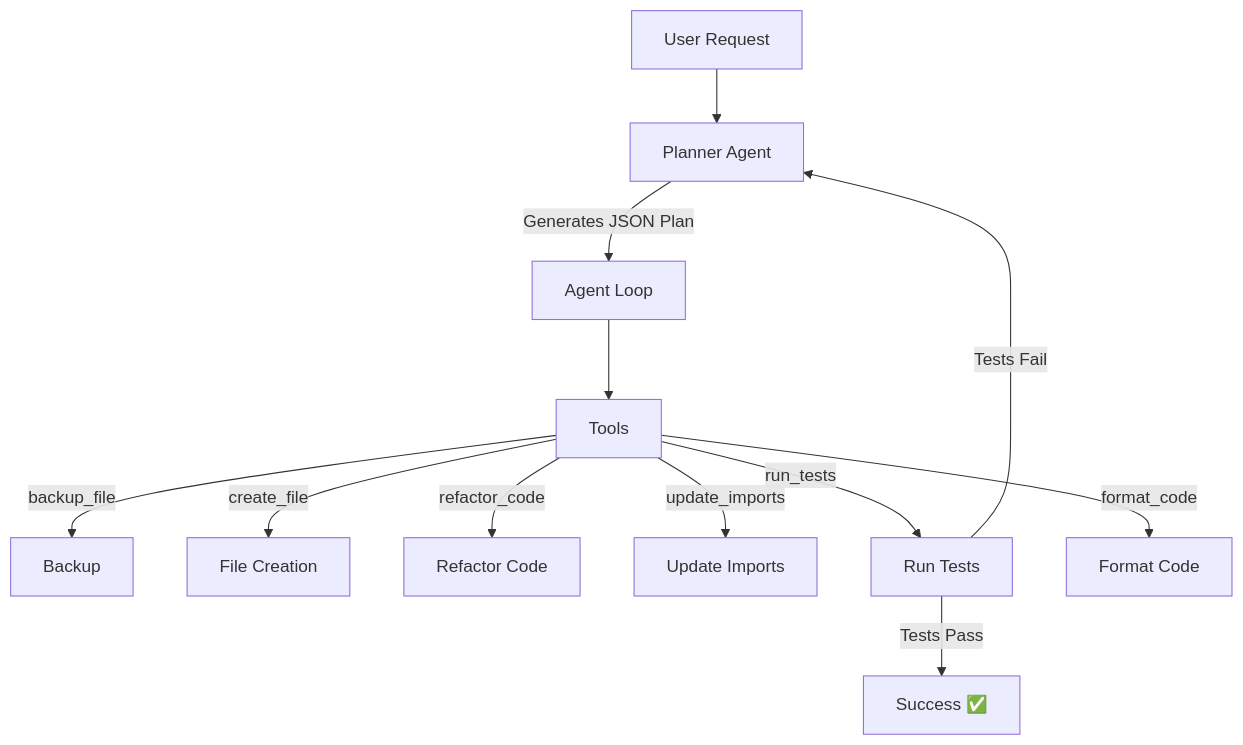
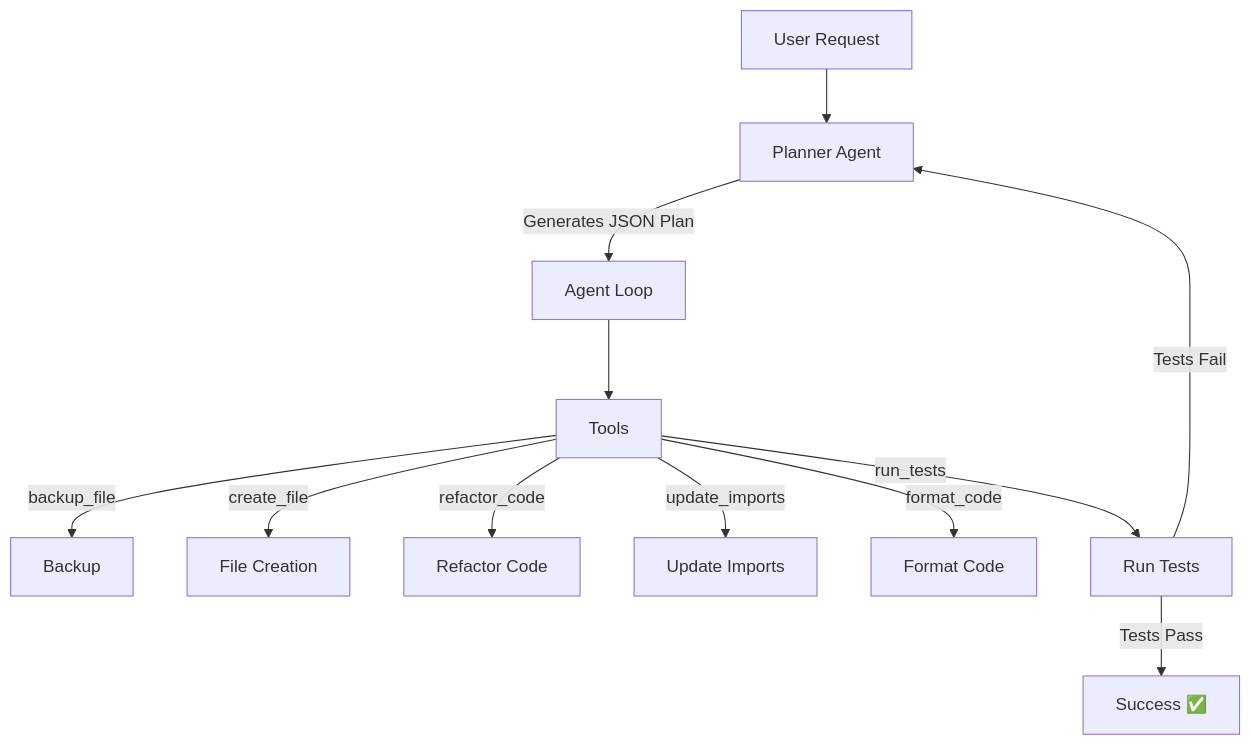
The diagram in README.md (Perpetue237/agentsculptor), drawn with Mermaid before and after one commit.

````diff
--- a/README.md
+++ b/README.md
@@ -301,14 +301,14 @@
 ``` mermaid
 flowchart TD
     A[User Request] --> B[Planner Agent]
     B -->|Generates JSON Plan| C[Agent Loop]
     C --> D[Tools]
     D -->|backup_file| D1[Backup]
     D -->|create_file| D2[File Creation]
     D -->|refactor_code| D3[Refactor Code]
     D -->|update_imports| D4[Update Imports]
-    D -->|run_tests| D5[Run Tests]
-    D -->|format_code| D6[Format Code]
-    D5 -->|Tests Fail| B
-    D5 -->|Tests Pass| E[Success ✅]
+    D -->|format_code| D5[Format Code]
+    D -->|run_tests| D6[Run Tests]
+    D6 -->|Tests Fail| B
+    D6 -->|Tests Pass| E[Success ✅]
 ```
````
